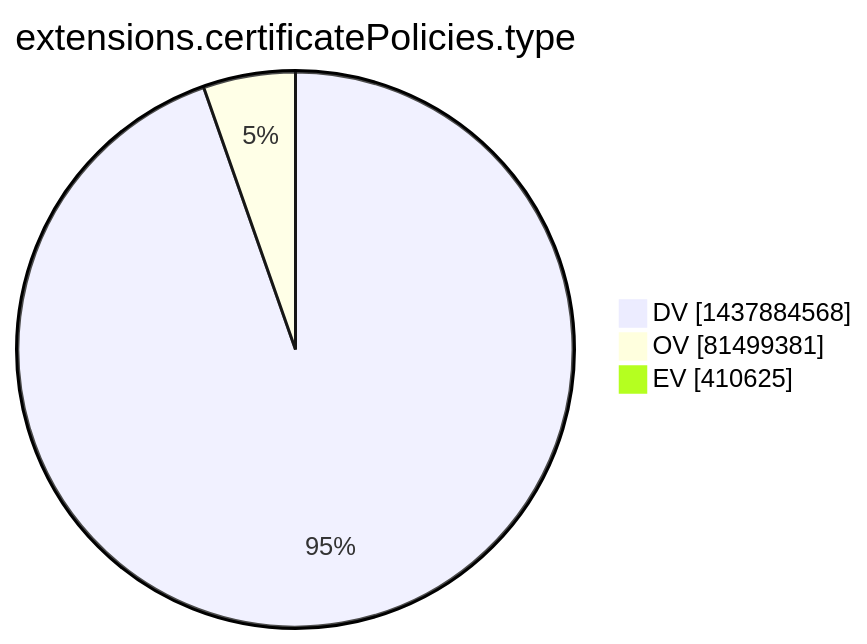
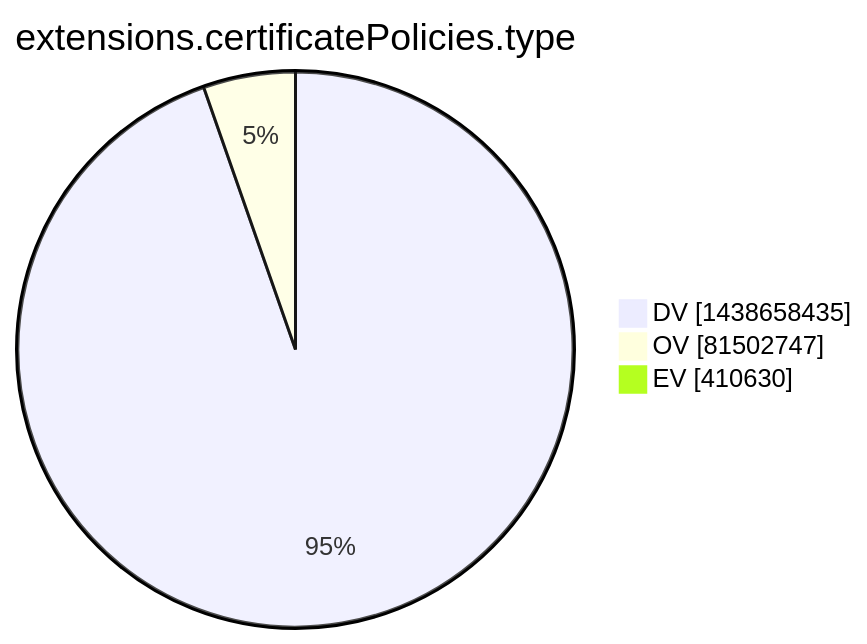
Before and after one commit to christiankrug/ctmonitor_visualization: the tenth of 15 diagrams in xenon2022/README.md, drawn with Mermaid. The commit also changed other lines of this file, not shown here.

````diff
--- a/xenon2022/README.md
+++ b/xenon2022/README.md
@@ -2867,7 +2867,7 @@
 ```mermaid
 pie showData
 title extensions.certificatePolicies.type
-"DV" :1437884568
-"OV" :81499381
-"EV" :410625
+"DV" :1438658435
+"OV" :81502747
+"EV" :410630
 ```
````
